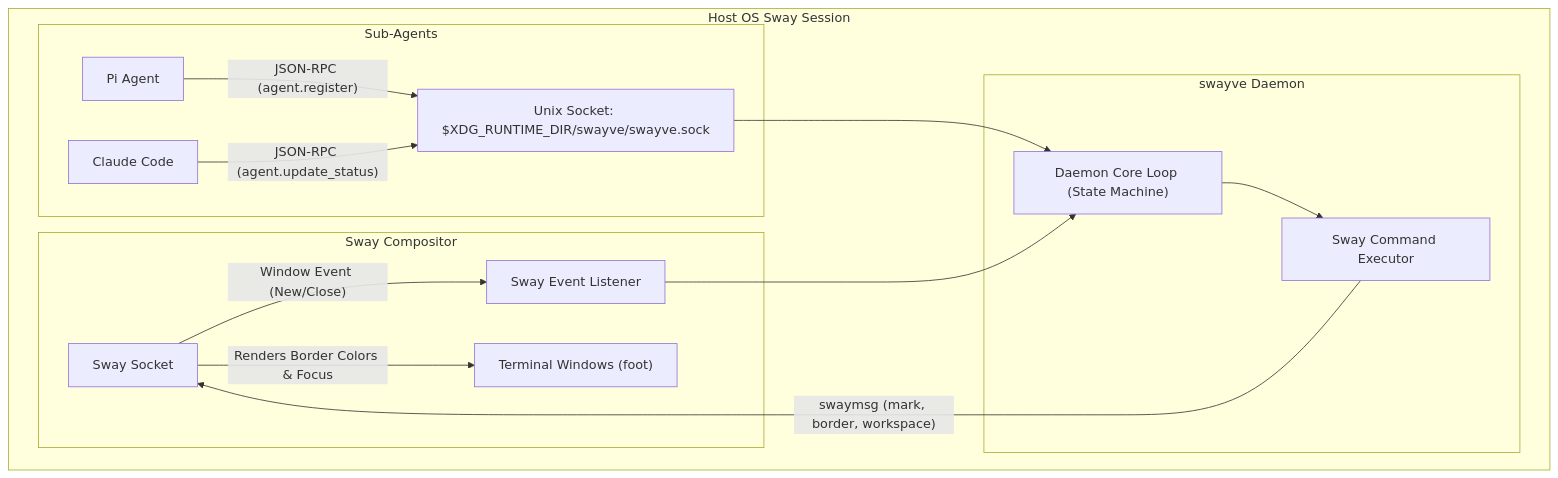
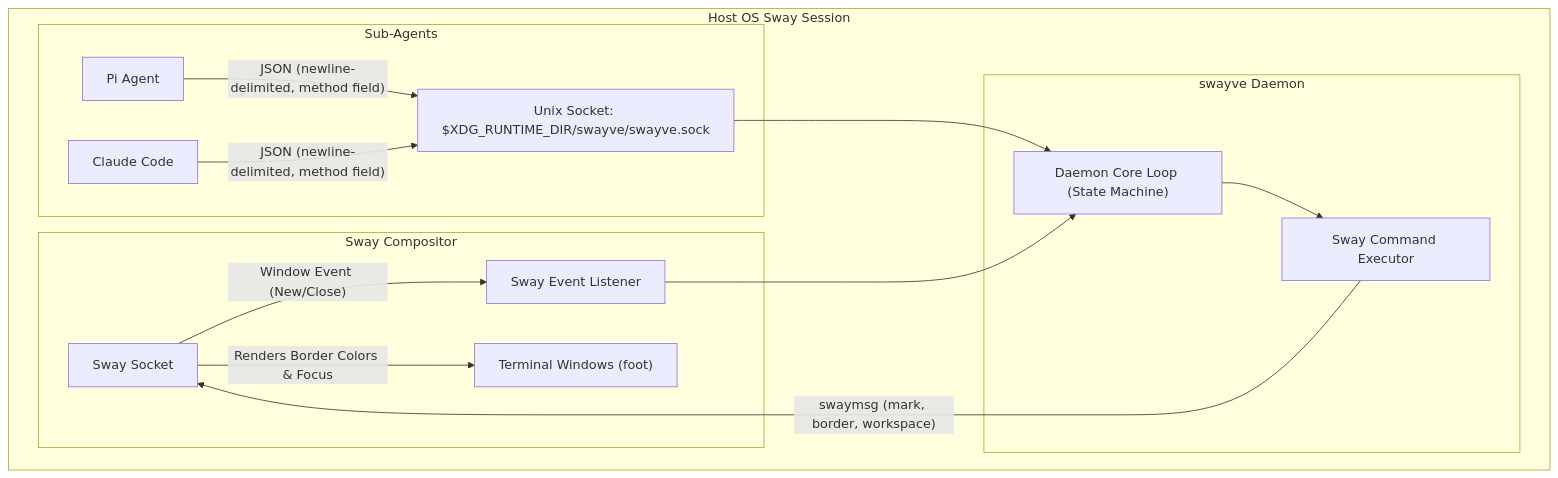
One commit to brownag/swayve changed the diagram in README.md. Above: the diagram before and after it, drawn with Mermaid. The commit also changed other lines of this file and 1 other file, not shown here.

Commit message:
docs(readme): document socket contract and framing

````diff
--- a/README.md
+++ b/README.md
@@ -28,21 +28,21 @@
 ```mermaid
 graph TD
     subgraph Host OS Sway Session
         subgraph Sub-Agents
-            A["Pi Agent"] -- "JSON-RPC (agent.register)" --> S["Unix Socket: $XDG_RUNTIME_DIR/swayve/swayve.sock"]
-            B["Claude Code"] -- "JSON-RPC (agent.update_status)" --> S
+            A["Pi Agent"] -- "JSON (newline-delimited, method field)" --> S["Unix Socket: $XDG_RUNTIME_DIR/swayve/swayve.sock"]
+            B["Claude Code"] -- "JSON (newline-delimited, method field)" --> S
         end
 
         subgraph swayve["swayve Daemon"]
             S --> D["Daemon Core Loop (State Machine)"]
             D --> E["Sway Command Executor"]
         end
 
         subgraph Sway["Sway Compositor"]
             SW["Sway Socket"] -- "Window Event (New/Close)" --> L["Sway Event Listener"]
             L --> D
             E -- "swaymsg (mark, border, workspace)" --> SW
             SW -- "Renders Border Colors & Focus" --> T["Terminal Windows (foot)"]
         end
     end
 ```
````
